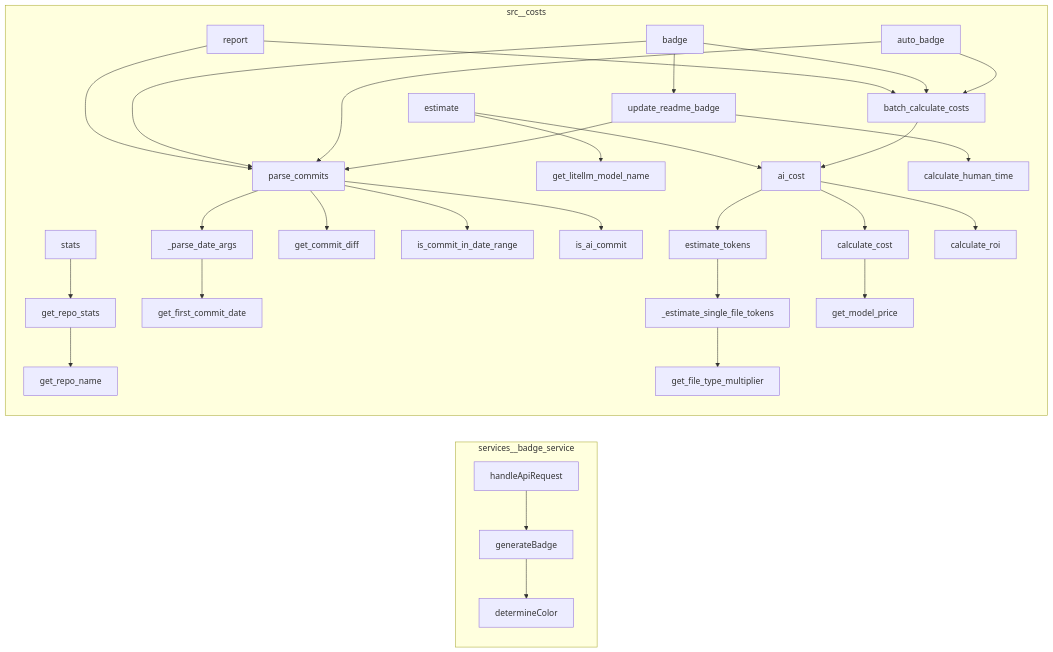
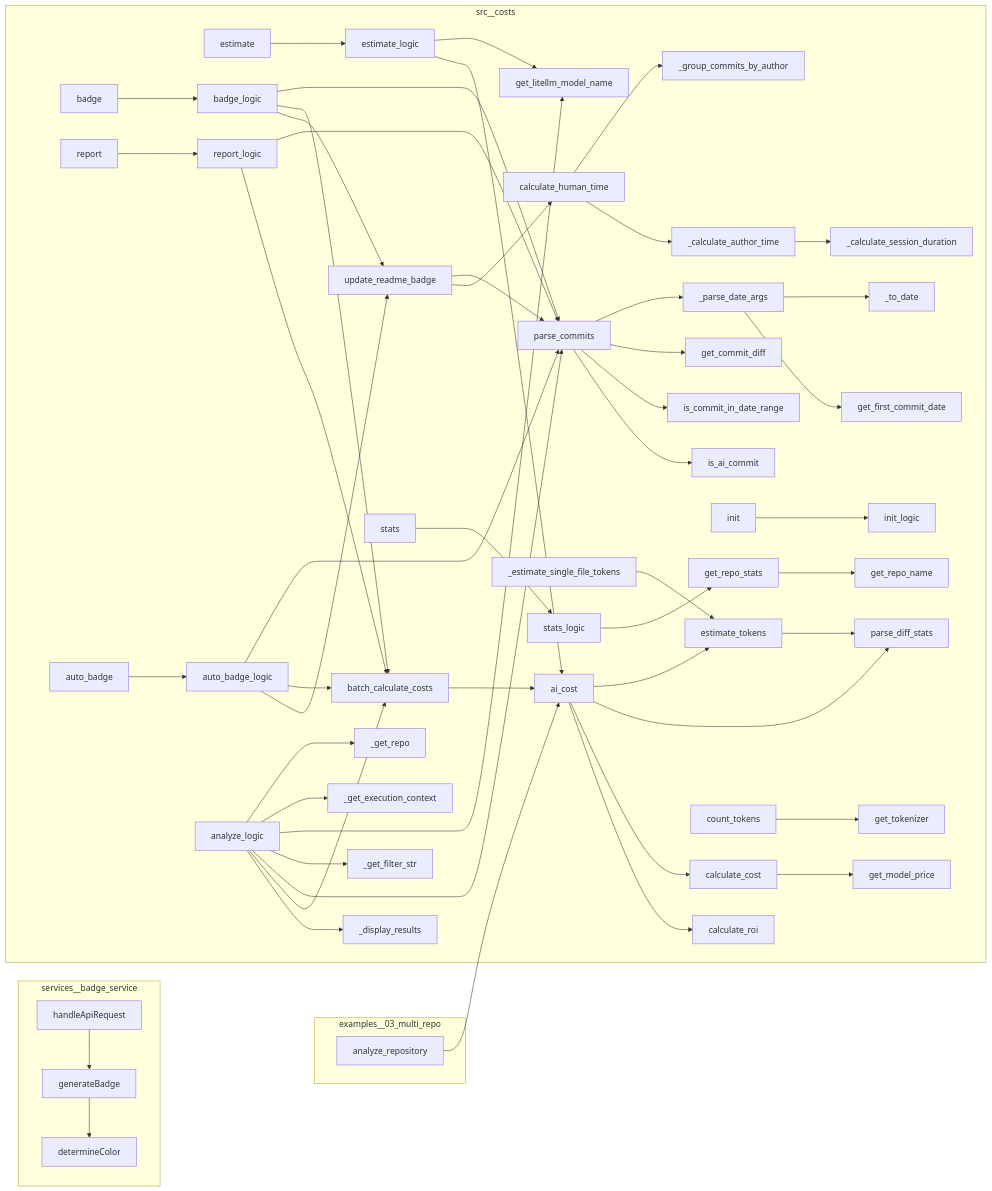
One commit to semcod/costs changed the diagram in project/calls.mmd. Above: the diagram before and after it, drawn with Mermaid. The commit also changed 14 other files, not shown here.

```diff
--- a/project/calls.mmd
+++ b/project/calls.mmd
@@ -1,59 +1,101 @@
 flowchart LR
+    subgraph examples__03_multi_repo
+        examples__03_multi_repo__main__analyze_repository["analyze_repository"]
+    end
     subgraph services__badge_service
+        services__badge_service__badge__handleApiRequest["handleApiRequest"]
         services__badge_service__badge__determineColor["determineColor"]
         services__badge_service__badge__generateBadge["generateBadge"]
-        services__badge_service__badge__handleApiRequest["handleApiRequest"]
     end
     subgraph src__costs
+        src__costs__calculator__ai_cost["ai_cost"]
+        src__costs__commands__analyze___get_filter_str["_get_filter_str"]
+        src__costs__tokenizers__get_tokenizer["get_tokenizer"]
+        src__costs__git_parser__is_ai_commit["is_ai_commit"]
+        src__costs__cli__badge["badge"]
+        src__costs__git_parser__parse_commits["parse_commits"]
+        src__costs__metrics___calculate_session_duration["_calculate_session_duration"]
+        src__costs__commands__analyze___display_results["_display_results"]
+        src__costs__metrics__calculate_human_time["calculate_human_time"]
+        src__costs__calculator___estimate_single_file_tokens["_estimate_single_file_tokens"]
+        src__costs__models__get_model_price["get_model_price"]
+        src__costs__calculator__calculate_roi["calculate_roi"]
+        src__costs__git_parser___parse_date_args["_parse_date_args"]
+        src__costs__git_parser___to_date["_to_date"]
+        src__costs__tokenizers__GitDiffParser__parse_diff_stats["parse_diff_stats"]
+        src__costs__git_parser__get_repo_stats["get_repo_stats"]
+        src__costs__cli__report["report"]
+        src__costs__metrics___calculate_author_time["_calculate_author_time"]
+        src__costs__cli__estimate["estimate"]
+        src__costs__metrics___group_commits_by_author["_group_commits_by_author"]
+        src__costs__cli__init["init"]
+        src__costs__commands__utils__stats_logic["stats_logic"]
+        src__costs__git_parser__is_commit_in_date_range["is_commit_in_date_range"]
+        src__costs__calculator__estimate_tokens["estimate_tokens"]
+        src__costs__calculator__calculate_cost["calculate_cost"]
+        src__costs__commands__badge__auto_badge_logic["auto_badge_logic"]
+        src__costs__tokenizers__count_tokens["count_tokens"]
+        src__costs__git_parser__get_commit_diff["get_commit_diff"]
+        src__costs__commands__badge__badge_logic["badge_logic"]
         src__costs__calculator__batch_calculate_costs["batch_calculate_costs"]
-        src__costs__git_parser__is_ai_commit["is_ai_commit"]
-        src__costs__cli__report["report"]
-        src__costs__calculator__calculate_roi["calculate_roi"]
-        src__costs__calculator__get_file_type_multiplier["get_file_type_multiplier"]
-        src__costs__git_parser__get_commit_diff["get_commit_diff"]
-        src__costs__metrics__calculate_human_time["calculate_human_time"]
-        src__costs__git_parser__parse_commits["parse_commits"]
+        src__costs__models__get_litellm_model_name["get_litellm_model_name"]
+        src__costs__commands__analyze___get_execution_context["_get_execution_context"]
+        src__costs__commands__report__report_logic["report_logic"]
+        src__costs__cli__stats["stats"]
+        src__costs__commands__utils__estimate_logic["estimate_logic"]
         src__costs__git_parser__get_first_commit_date["get_first_commit_date"]
-        src__costs__calculator__calculate_cost["calculate_cost"]
+        src__costs__commands__analyze__analyze_logic["analyze_logic"]
+        src__costs__commands__analyze___get_repo["_get_repo"]
+        src__costs__git_parser__get_repo_name["get_repo_name"]
+        src__costs__reports__badge__update_readme_badge["update_readme_badge"]
+        src__costs__commands__utils__init_logic["init_logic"]
         src__costs__cli__auto_badge["auto_badge"]
-        src__costs__git_parser__is_commit_in_date_range["is_commit_in_date_range"]
-        src__costs__git_parser__get_repo_name["get_repo_name"]
-        src__costs__calculator__estimate_tokens["estimate_tokens"]
-        src__costs__git_parser___parse_date_args["_parse_date_args"]
-        src__costs__calculator___estimate_single_file_tokens["_estimate_single_file_tokens"]
-        src__costs__git_parser__get_repo_stats["get_repo_stats"]
-        src__costs__models__get_litellm_model_name["get_litellm_model_name"]
-        src__costs__cli__badge["badge"]
-        src__costs__reports__badge__update_readme_badge["update_readme_badge"]
-        src__costs__models__get_model_price["get_model_price"]
-        src__costs__cli__stats["stats"]
-        src__costs__calculator__ai_cost["ai_cost"]
-        src__costs__cli__estimate["estimate"]
     end
-    src__costs__cli__report --> src__costs__git_parser__parse_commits
-    src__costs__cli__report --> src__costs__calculator__batch_calculate_costs
-    src__costs__cli__badge --> src__costs__git_parser__parse_commits
-    src__costs__cli__badge --> src__costs__calculator__batch_calculate_costs
-    src__costs__cli__badge --> src__costs__reports__badge__update_readme_badge
-    src__costs__cli__auto_badge --> src__costs__git_parser__parse_commits
-    src__costs__cli__auto_badge --> src__costs__calculator__batch_calculate_costs
-    src__costs__cli__estimate --> src__costs__models__get_litellm_model_name
-    src__costs__cli__estimate --> src__costs__calculator__ai_cost
-    src__costs__cli__stats --> src__costs__git_parser__get_repo_stats
+    src__costs__git_parser___parse_date_args --> src__costs__git_parser___to_date
     src__costs__git_parser___parse_date_args --> src__costs__git_parser__get_first_commit_date
     src__costs__git_parser__parse_commits --> src__costs__git_parser___parse_date_args
     src__costs__git_parser__parse_commits --> src__costs__git_parser__get_commit_diff
     src__costs__git_parser__parse_commits --> src__costs__git_parser__is_commit_in_date_range
     src__costs__git_parser__parse_commits --> src__costs__git_parser__is_ai_commit
     src__costs__git_parser__get_repo_stats --> src__costs__git_parser__get_repo_name
-    services__badge_service__badge__generateBadge --> services__badge_service__badge__determineColor
-    services__badge_service__badge__handleApiRequest --> services__badge_service__badge__generateBadge
-    src__costs__reports__badge__update_readme_badge --> src__costs__git_parser__parse_commits
-    src__costs__reports__badge__update_readme_badge --> src__costs__metrics__calculate_human_time
-    src__costs__calculator___estimate_single_file_tokens --> src__costs__calculator__get_file_type_multiplier
-    src__costs__calculator__estimate_tokens --> src__costs__calculator___estimate_single_file_tokens
+    src__costs__cli__report --> src__costs__commands__report__report_logic
+    src__costs__cli__badge --> src__costs__commands__badge__badge_logic
+    src__costs__cli__auto_badge --> src__costs__commands__badge__auto_badge_logic
+    src__costs__cli__estimate --> src__costs__commands__utils__estimate_logic
+    src__costs__cli__stats --> src__costs__commands__utils__stats_logic
+    src__costs__cli__init --> src__costs__commands__utils__init_logic
+    src__costs__tokenizers__count_tokens --> src__costs__tokenizers__get_tokenizer
+    src__costs__calculator__estimate_tokens --> src__costs__tokenizers__GitDiffParser__parse_diff_stats
+    src__costs__calculator___estimate_single_file_tokens --> src__costs__calculator__estimate_tokens
     src__costs__calculator__calculate_cost --> src__costs__models__get_model_price
     src__costs__calculator__ai_cost --> src__costs__calculator__estimate_tokens
+    src__costs__calculator__ai_cost --> src__costs__tokenizers__GitDiffParser__parse_diff_stats
     src__costs__calculator__ai_cost --> src__costs__calculator__calculate_cost
     src__costs__calculator__ai_cost --> src__costs__calculator__calculate_roi
     src__costs__calculator__batch_calculate_costs --> src__costs__calculator__ai_cost
+    src__costs__commands__analyze__analyze_logic --> src__costs__commands__analyze___get_repo
+    src__costs__commands__analyze__analyze_logic --> src__costs__commands__analyze___get_execution_context
+    src__costs__commands__analyze__analyze_logic --> src__costs__models__get_litellm_model_name
+    src__costs__commands__analyze__analyze_logic --> src__costs__commands__analyze___get_filter_str
+    src__costs__commands__analyze__analyze_logic --> src__costs__git_parser__parse_commits
+    src__costs__commands__analyze__analyze_logic --> src__costs__calculator__batch_calculate_costs
+    src__costs__commands__analyze__analyze_logic --> src__costs__commands__analyze___display_results
+    src__costs__commands__report__report_logic --> src__costs__git_parser__parse_commits
+    src__costs__commands__report__report_logic --> src__costs__calculator__batch_calculate_costs
+    src__costs__commands__utils__estimate_logic --> src__costs__models__get_litellm_model_name
+    src__costs__commands__utils__estimate_logic --> src__costs__calculator__ai_cost
+    src__costs__commands__utils__stats_logic --> src__costs__git_parser__get_repo_stats
+    src__costs__commands__badge__badge_logic --> src__costs__git_parser__parse_commits
+    src__costs__commands__badge__badge_logic --> src__costs__calculator__batch_calculate_costs
+    src__costs__commands__badge__badge_logic --> src__costs__reports__badge__update_readme_badge
+    src__costs__commands__badge__auto_badge_logic --> src__costs__git_parser__parse_commits
+    src__costs__commands__badge__auto_badge_logic --> src__costs__calculator__batch_calculate_costs
+    src__costs__commands__badge__auto_badge_logic --> src__costs__reports__badge__update_readme_badge
+    src__costs__reports__badge__update_readme_badge --> src__costs__git_parser__parse_commits
+    src__costs__reports__badge__update_readme_badge --> src__costs__metrics__calculate_human_time
+    examples__03_multi_repo__main__analyze_repository --> src__costs__calculator__ai_cost
+    services__badge_service__badge__generateBadge --> services__badge_service__badge__determineColor
+    services__badge_service__badge__handleApiRequest --> services__badge_service__badge__generateBadge
+    src__costs__metrics___calculate_author_time --> src__costs__metrics___calculate_session_duration
+    src__costs__metrics__calculate_human_time --> src__costs__metrics___group_commits_by_author
+    src__costs__metrics__calculate_human_time --> src__costs__metrics___calculate_author_time
```
